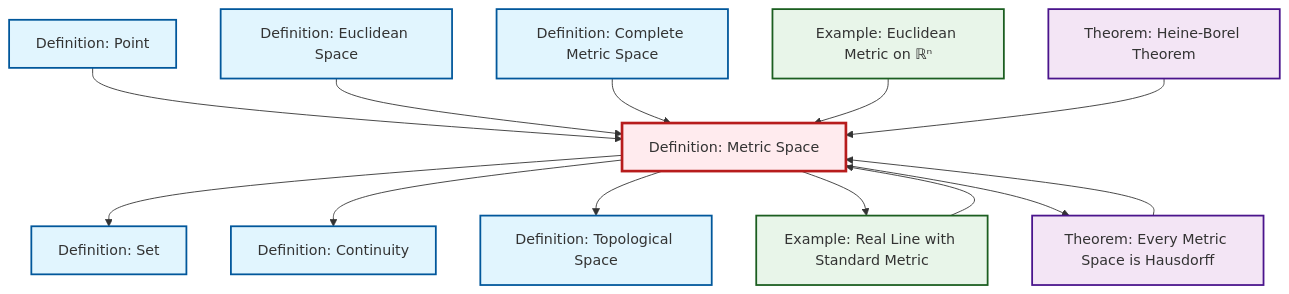
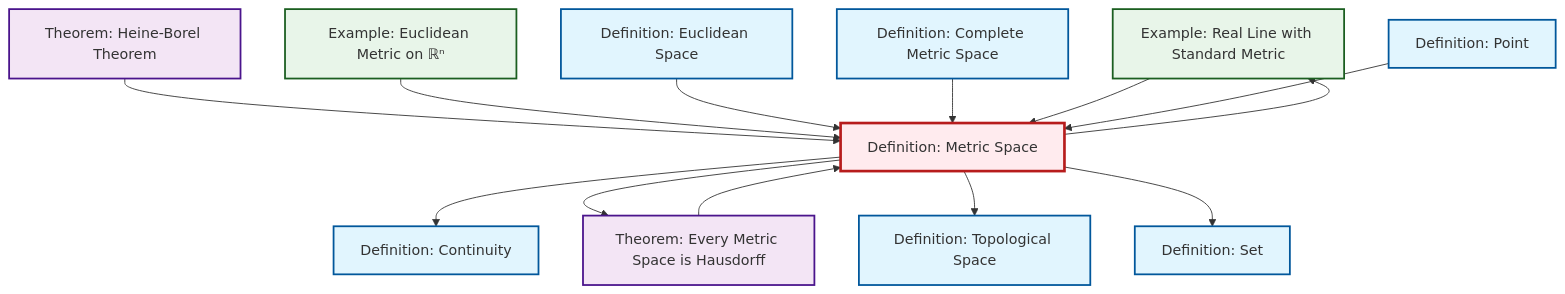
Before and after one commit to RK0429/ModernMath: the diagram in output/mermaid/def-metric-space.mermaid, drawn with Mermaid. The commit also changed other lines of this file and 1124 other files, not shown here.

````diff
--- a/output/mermaid/def-metric-space.mermaid
+++ b/output/mermaid/def-metric-space.mermaid
@@ -1,33 +1,33 @@
 ```{mermaid}
 %%| fig-cap: "Local dependency graph"
 graph TD
     classDef definition fill:#e1f5fe,stroke:#01579b,stroke-width:2px
     classDef theorem fill:#f3e5f5,stroke:#4a148c,stroke-width:2px
     classDef axiom fill:#fff3e0,stroke:#e65100,stroke-width:2px
     classDef example fill:#e8f5e9,stroke:#1b5e20,stroke-width:2px
     classDef current fill:#ffebee,stroke:#b71c1c,stroke-width:3px
-    def-set["Definition: Set"]:::definition
-    ex-euclidean-metric["Example: Euclidean Metric on ℝⁿ"]:::example
-    def-continuity["Definition: Continuity"]:::definition
-    def-metric-space["Definition: Metric Space"]:::definition
-    def-complete-metric-space["Definition: Complete Metric Space"]:::definition
-    def-point["Definition: Point"]:::definition
-    def-euclidean-space["Definition: Euclidean Space"]:::definition
     ex-real-line-metric["Example: Real Line with Standard Metric"]:::example
     thm-metric-hausdorff["Theorem: Every Metric Space is Hausdorff"]:::theorem
+    def-metric-space["Definition: Metric Space"]:::definition
+    def-euclidean-space["Definition: Euclidean Space"]:::definition
+    def-set["Definition: Set"]:::definition
+    def-topological-space["Definition: Topological Space"]:::definition
+    ex-euclidean-metric["Example: Euclidean Metric on ℝⁿ"]:::example
+    def-point["Definition: Point"]:::definition
+    def-complete-metric-space["Definition: Complete Metric Space"]:::definition
     thm-heine-borel["Theorem: Heine-Borel Theorem"]:::theorem
-    def-topological-space["Definition: Topological Space"]:::definition
-    def-point --> def-metric-space
-    def-metric-space --> def-set
-    def-euclidean-space --> def-metric-space
+    def-continuity["Definition: Continuity"]:::definition
     def-metric-space --> def-continuity
-    def-metric-space --> def-topological-space
-    ex-real-line-metric --> def-metric-space
-    def-complete-metric-space --> def-metric-space
+    thm-heine-borel --> def-metric-space
+    ex-euclidean-metric --> def-metric-space
     def-metric-space --> ex-real-line-metric
     def-metric-space --> thm-metric-hausdorff
-    ex-euclidean-metric --> def-metric-space
     thm-metric-hausdorff --> def-metric-space
-    thm-heine-borel --> def-metric-space
+    def-euclidean-space --> def-metric-space
+    def-complete-metric-space --> def-metric-space
+    ex-real-line-metric --> def-metric-space
+    def-point --> def-metric-space
+    def-metric-space --> def-topological-space
+    def-metric-space --> def-set
     class def-metric-space current
 ```
````
